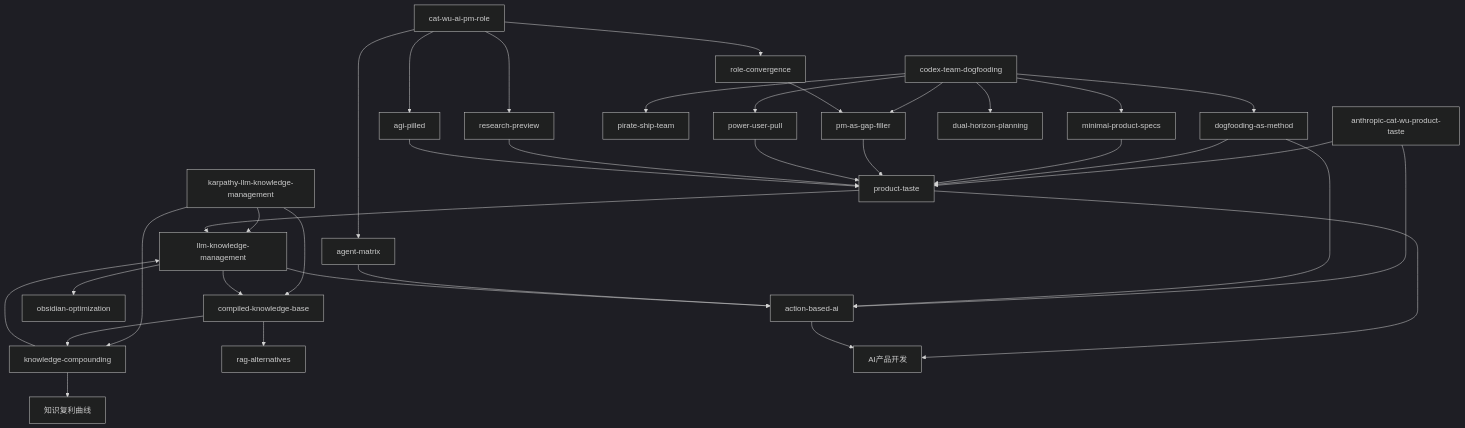
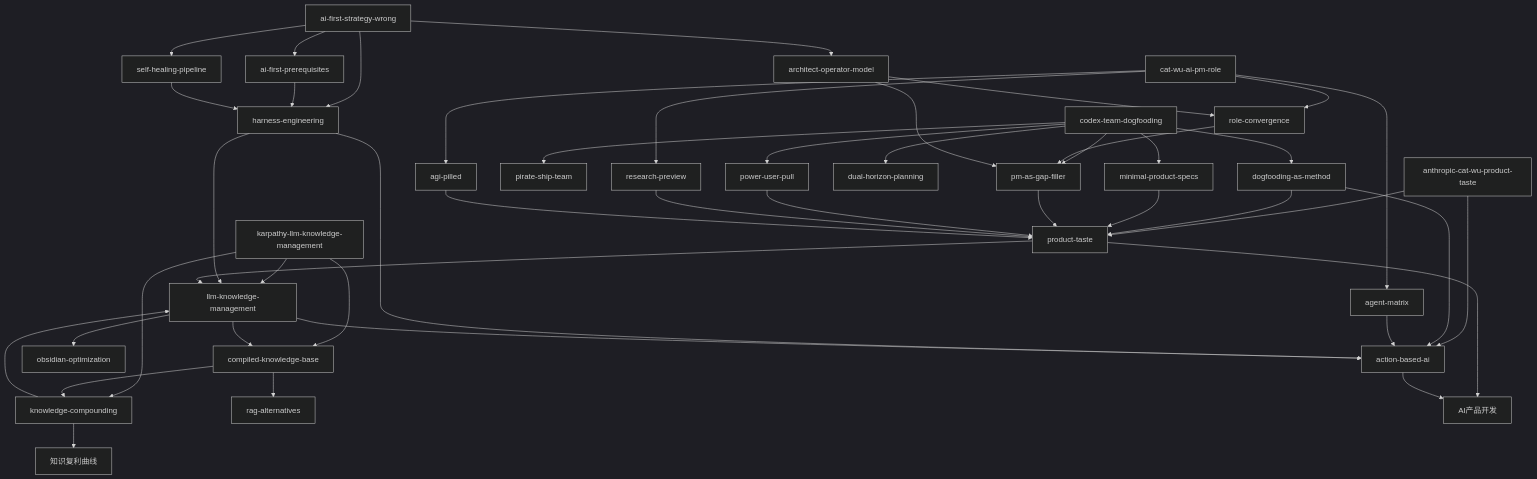
The diagram in wiki/home.md (RoseWsp/wikirose), drawn with Mermaid (dark theme) before and after one commit. The commit also changed other lines of this file and 18 other files, not shown here.

````diff
--- a/wiki/home.md
+++ b/wiki/home.md
@@ -16,42 +16,53 @@
 ```mermaid
 graph TD
     A[karpathy-llm-knowledge-management] --> B[llm-knowledge-management]
     A --> C[compiled-knowledge-base] 
     A --> D[knowledge-compounding]
     B --> E[obsidian-optimization]
     C --> F[rag-alternatives]
     D --> G[知识复利曲线]
     
     B --> C
     C --> D
     D --> B
     
     H[anthropic-cat-wu-product-taste] --> I[product-taste]
     H --> J[action-based-ai]
     I --> K[AI产品开发]
     J --> K
 
     L[codex-team-dogfooding] --> M[dogfooding-as-method]
     L --> N[minimal-product-specs]
     L --> O[pirate-ship-team]
     L --> P[pm-as-gap-filler]
     L --> Q[power-user-pull]
     L --> R[dual-horizon-planning]
     M --> I
     N --> I
     P --> I
     Q --> I
     M --> J
 
     S[cat-wu-ai-pm-role] --> T[research-preview]
     S --> U[agi-pilled]
     S --> V[role-convergence]
     S --> W[agent-matrix]
     T --> I
     U --> I
     V --> P
     W --> J
 
+    X[ai-first-strategy-wrong] --> Y[harness-engineering]
+    X --> Z[ai-first-prerequisites]
+    X --> AA[architect-operator-model]
+    X --> AB[self-healing-pipeline]
+    Y --> J
+    Y --> B
+    Z --> Y
+    AA --> V
+    AA --> P
+    AB --> Y
+
     B --> J
     I --> B
 ```
````
